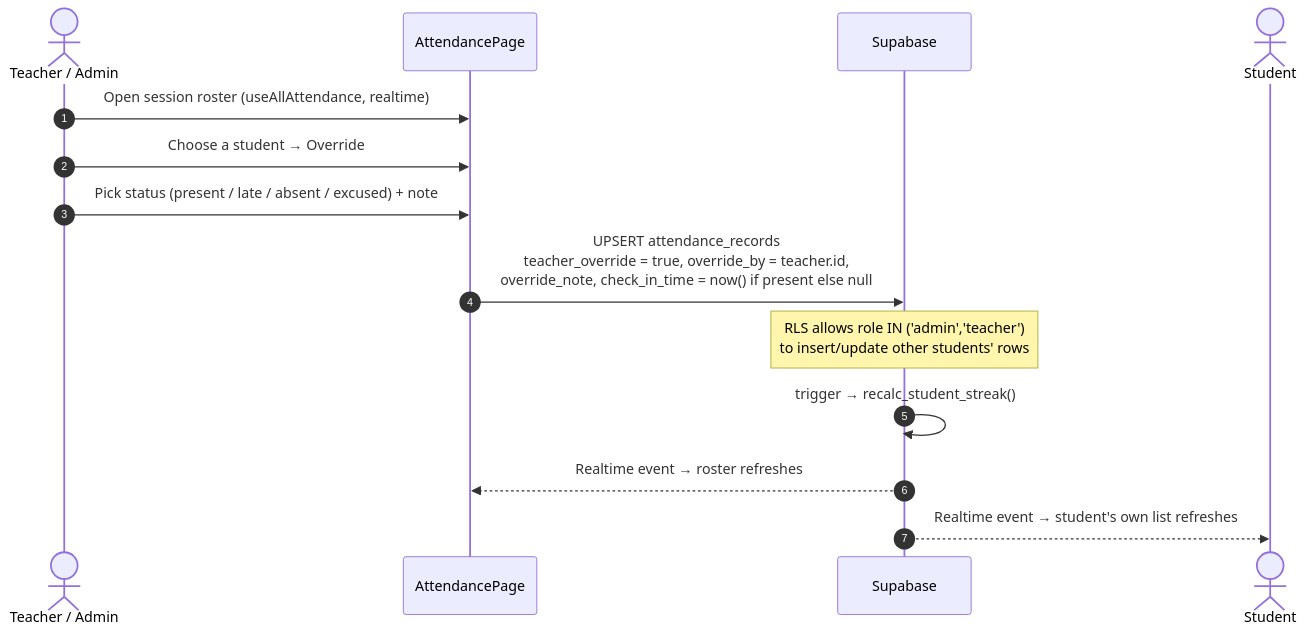
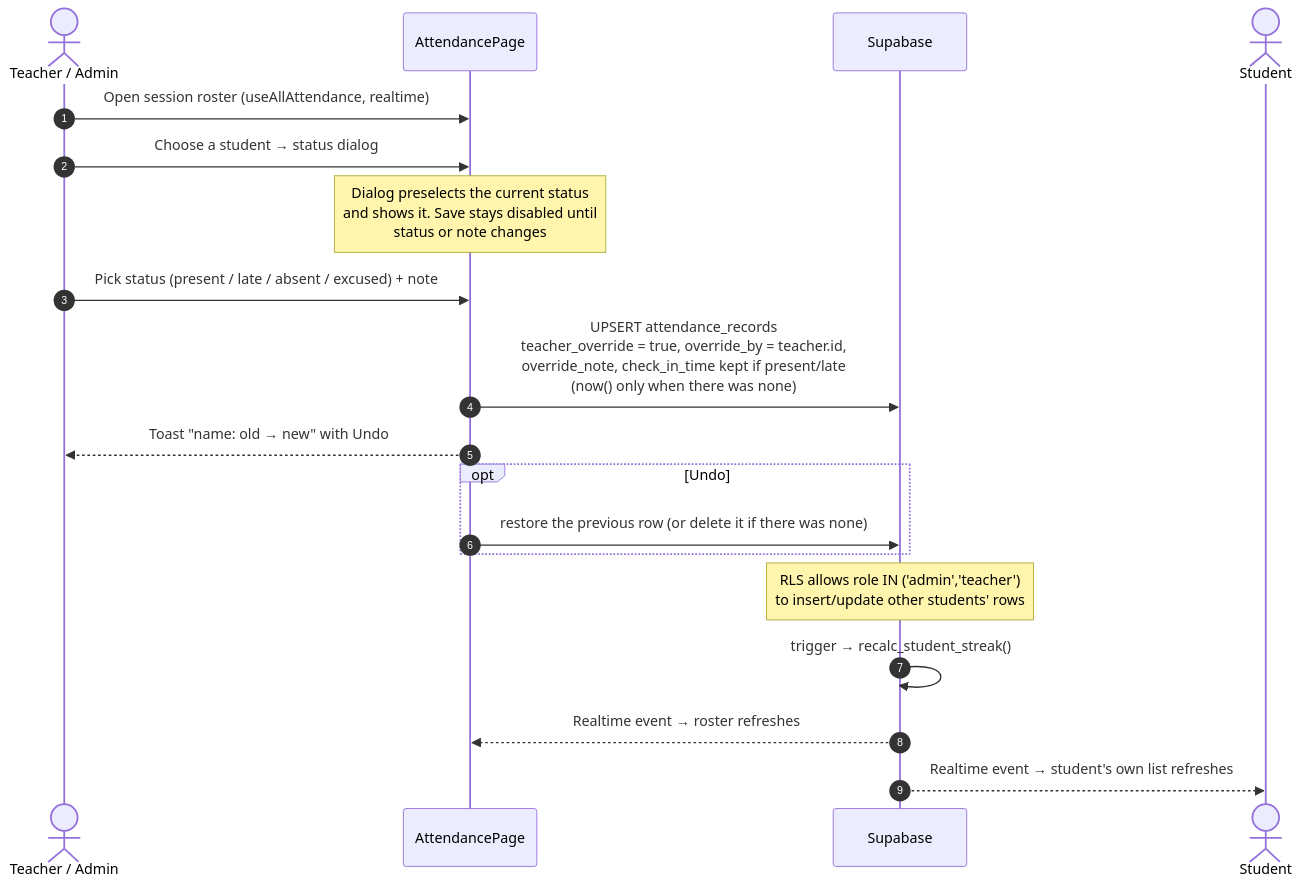
One commit to wachirawitraksa/marching-band-attendance changed the ninth of 15 diagrams in README.md. Above: the diagram before and after it, drawn with Mermaid. The commit also changed other lines of this file and 1 other file, not shown here.

````diff
--- a/README.md
+++ b/README.md
@@ -389,17 +411,22 @@
 ```mermaid
 sequenceDiagram
     autonumber
     actor T as Teacher / Admin
     participant P as AttendancePage
     participant DB as Supabase
     actor S as Student
 
     T->>P: Open session roster (useAllAttendance, realtime)
-    T->>P: Choose a student → Override
+    T->>P: Choose a student → status dialog
+    Note over P: Dialog preselects the current status<br/>and shows it. Save stays disabled until<br/>status or note changes
     T->>P: Pick status (present / late / absent / excused) + note
-    P->>DB: UPSERT attendance_records<br/>teacher_override = true, override_by = teacher.id,<br/>override_note, check_in_time = now() if present else null
+    P->>DB: UPSERT attendance_records<br/>teacher_override = true, override_by = teacher.id,<br/>override_note, check_in_time kept if present/late<br/>(now() only when there was none)
+    P-->>T: Toast "name: old → new" with Undo
+    opt Undo
+        P->>DB: restore the previous row (or delete it if there was none)
+    end
     Note over DB: RLS allows role IN ('admin','teacher')<br/>to insert/update other students' rows
     DB->>DB: trigger → recalc_student_streak()
     DB-->>P: Realtime event → roster refreshes
     DB-->>S: Realtime event → student's own list refreshes
 ```
````
